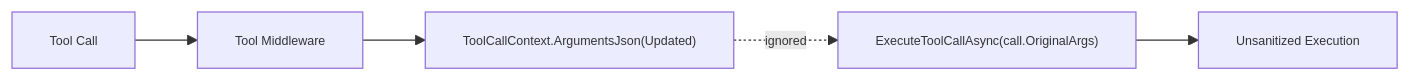
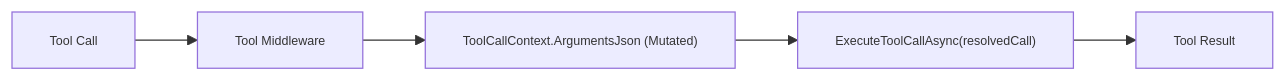
One commit to aevatarAI/aevatar changed the third of 3 diagrams in docs/audit-scorecard/merge-dev-architecture-scorecard-2026-02-21.md. Above: the diagram before and after it, drawn with Mermaid. The commit also changed other lines of this file and 1 other file, not shown here.

First line of the commit message:
Update architecture scorecard audit results and test coverage

````diff
--- a/docs/audit-scorecard/merge-dev-architecture-scorecard-2026-02-21.md
+++ b/docs/audit-scorecard/merge-dev-architecture-scorecard-2026-02-21.md
@@ -104,8 +86,8 @@
 ```mermaid
 %%{init: {"maxTextSize": 100000, "flowchart": {"useMaxWidth": false, "nodeSpacing": 10, "rankSpacing": 50}, "themeVariables": {"fontSize": "10px"}}}%%
 flowchart LR
   U["Tool Call"] --> M["Tool Middleware"]
-  M --> L["ToolCallContext.ArgumentsJson(Updated)"]
-  L -.ignored.-> E["ExecuteToolCallAsync(call.OriginalArgs)"]
-  E --> R["Unsanitized Execution"]
+  M --> C["ToolCallContext.ArgumentsJson (Mutated)"]
+  C --> E["ExecuteToolCallAsync(resolvedCall)"]
+  E --> R["Tool Result"]
 ```
````
